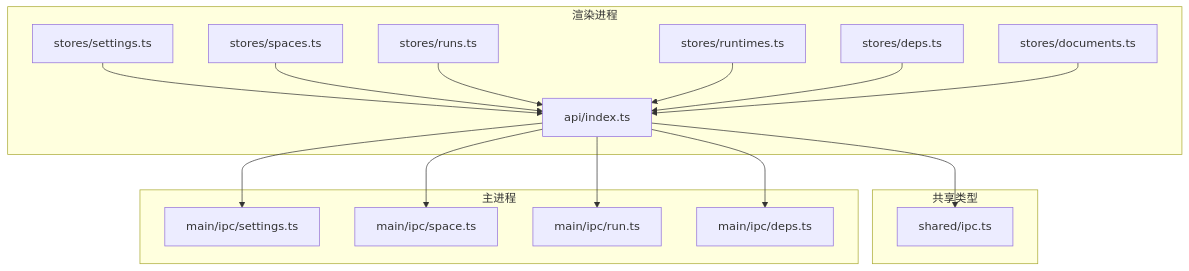
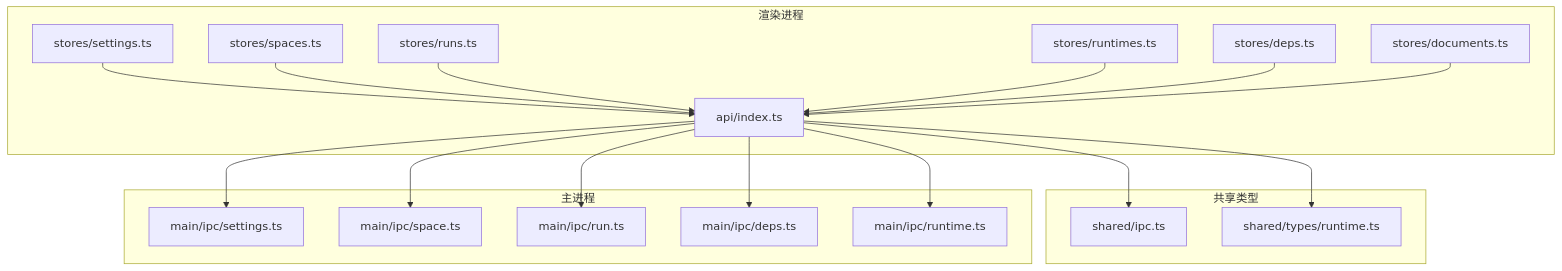
The first of 10 diagrams in .qoder/repowiki/zh/content/前端应用架构/状态管理.md (hozeeee/script-box), drawn with Mermaid before and after one commit. The commit also changed other lines of this file and 8 other files, not shown here.

````diff
--- a/.qoder/repowiki/zh/content/前端应用架构/状态管理.md
+++ b/.qoder/repowiki/zh/content/前端应用架构/状态管理.md
@@ -51,32 +63,36 @@
 ```mermaid
 graph TB
 subgraph "渲染进程"
 A["stores/settings.ts"]
 B["stores/spaces.ts"]
 C["stores/runs.ts"]
 D["stores/runtimes.ts"]
 E["stores/deps.ts"]
 F["stores/documents.ts"]
 G["api/index.ts"]
 end
 subgraph "共享类型"
 H["shared/ipc.ts"]
+I["shared/types/runtime.ts"]
 end
 subgraph "主进程"
-I["main/ipc/settings.ts"]
-J["main/ipc/space.ts"]
-K["main/ipc/run.ts"]
-L["main/ipc/deps.ts"]
+J["main/ipc/settings.ts"]
+K["main/ipc/space.ts"]
+L["main/ipc/run.ts"]
+M["main/ipc/deps.ts"]
+N["main/ipc/runtime.ts"]
 end
 A --> G
 B --> G
 C --> G
 D --> G
 E --> G
 F --> G
 G --> H
 G --> I
 G --> J
 G --> K
 G --> L
+G --> M
+G --> N
 ```
````
